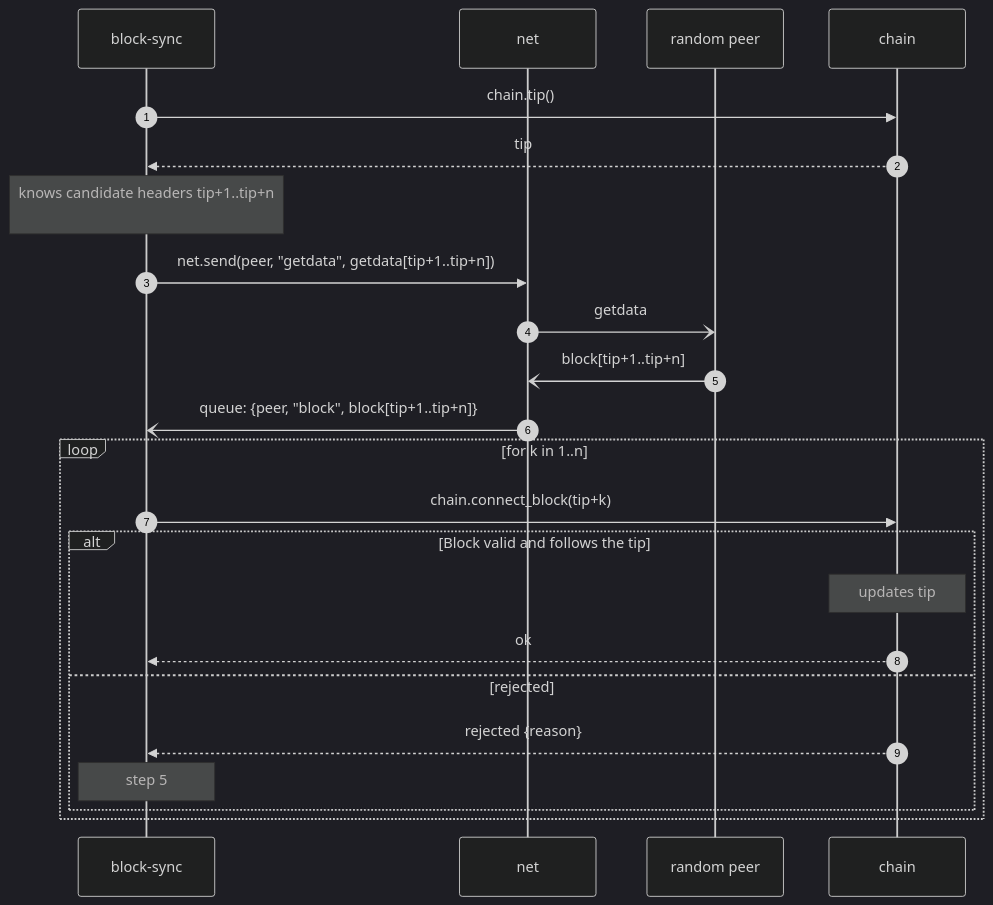
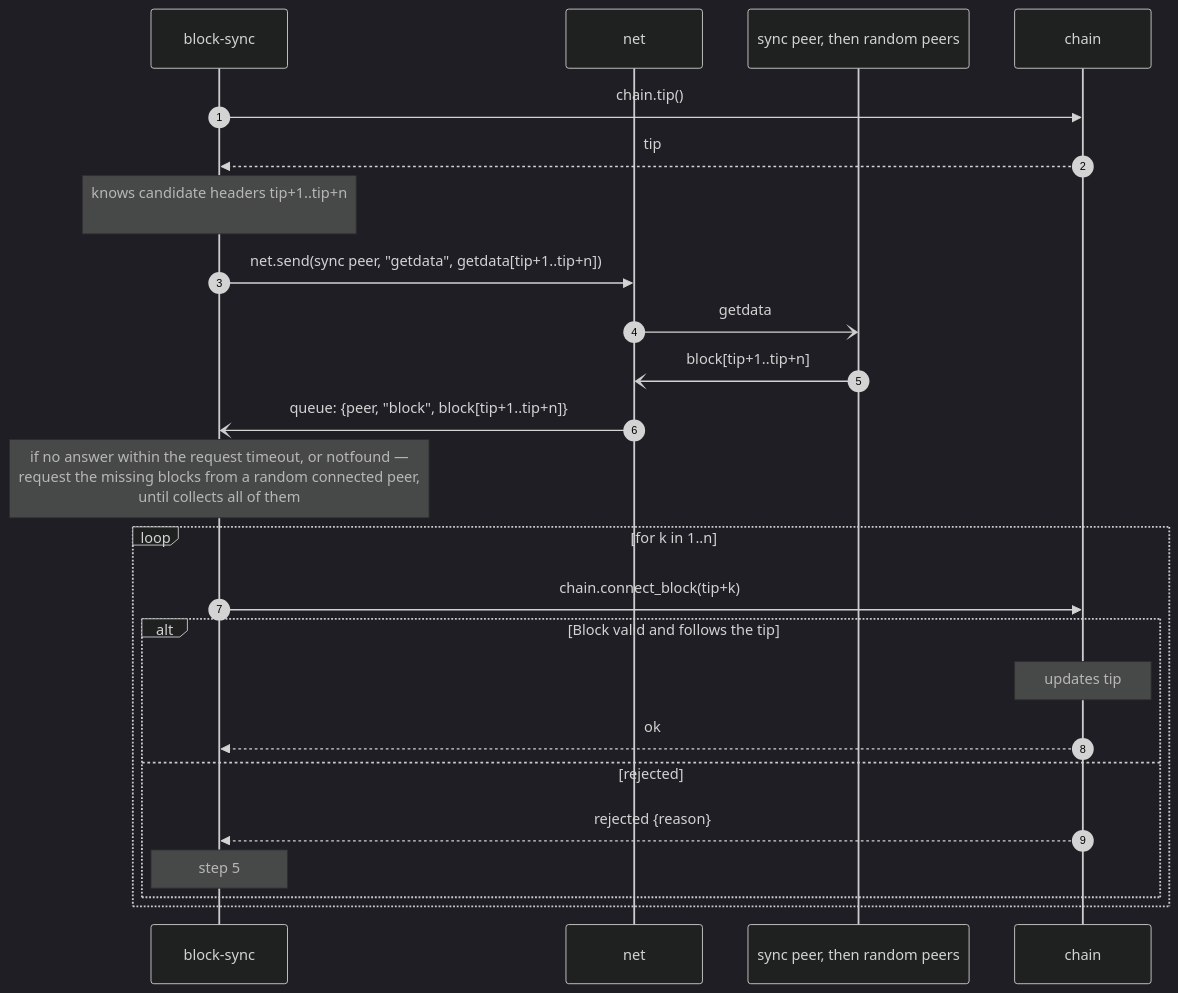
The second of 2 diagrams in docs/flows/mode-ibd.md (RustBTCD/btcd), drawn with Mermaid (dark theme) before and after one commit. The commit also changed other lines of this file and 5 other files, not shown here.

Commit message:
Removing peer's tip from memory storage and usage. Updated policies on fetching blocks data.

````diff
--- a/docs/flows/mode-ibd.md
+++ b/docs/flows/mode-ibd.md
@@ -64,25 +64,26 @@
 ```mermaid
 sequenceDiagram
     autonumber
     participant BS as block-sync
     participant N as net
-    participant P as random peer
+    participant P as sync peer, then random peers
     participant C as chain
     BS ->> C: chain.tip()
     C -->> BS: tip
     Note over BS: knows candidate headers tip+1..tip+n<br/>
-    BS ->> N: net.send(peer, "getdata", getdata[tip+1..tip+n])
+    BS ->> N: net.send(sync peer, "getdata", getdata[tip+1..tip+n])
     N -) P: getdata
     P -) N: block[tip+1..tip+n]
     N -) BS: queue: {peer, "block", block[tip+1..tip+n]}
+    Note over BS: if no answer within the request timeout, or notfound —<br/>request the missing blocks from a random connected peer,<br/>until collects all of them
     loop for k in 1..n
         BS ->> C: chain.connect_block(tip+k)
         alt Block valid and follows the tip
             Note over C: updates tip
             C -->> BS: ok
         else rejected
             C -->> BS: rejected {reason}
             Note over BS: step 5
         end
     end
 ```
````
